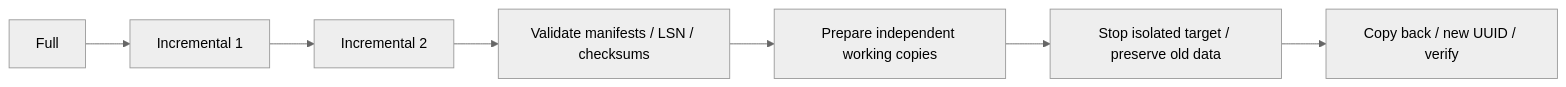
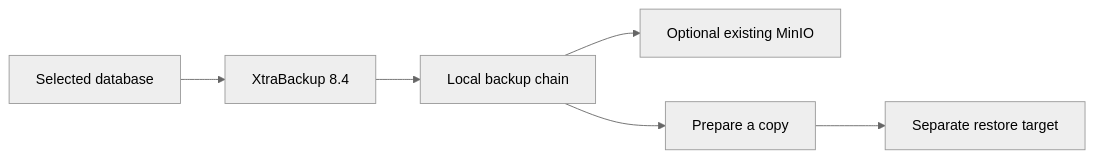
The diagram in docs/backup-and-restore.md (OT-OSM/percona_server), drawn with Mermaid (neutral theme) before and after one commit. The commit also changed other lines of this file and 159 other files, not shown here.

````diff
--- a/docs/backup-and-restore.md
+++ b/docs/backup-and-restore.md
@@ -3,8 +3,8 @@
 ```mermaid
 flowchart LR
-  F[Full] --> I1[Incremental 1] --> I2[Incremental 2]
-  I2 --> V[Validate manifests / LSN / checksums]
-  V --> P[Prepare independent working copies]
-  P --> T[Stop isolated target / preserve old data]
-  T --> R[Copy back / new UUID / verify]
+  DB[Selected database] --> X[XtraBackup 8.4]
+  X --> L[Local backup chain]
+  L --> O[Optional existing MinIO]
+  L --> P[Prepare a copy]
+  P --> T[Separate restore target]
 ```
````
